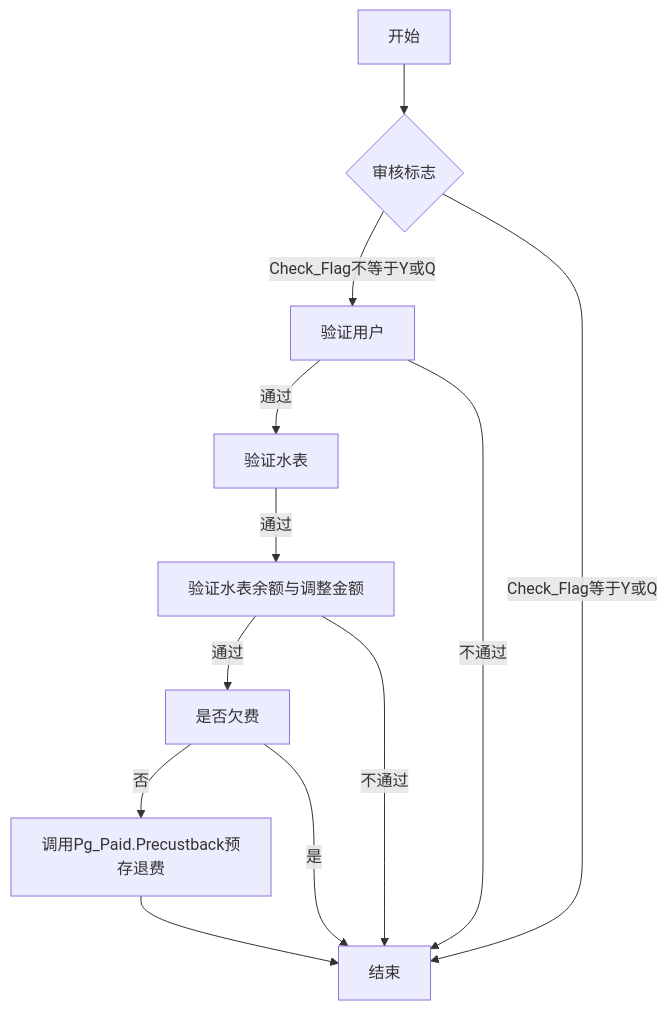
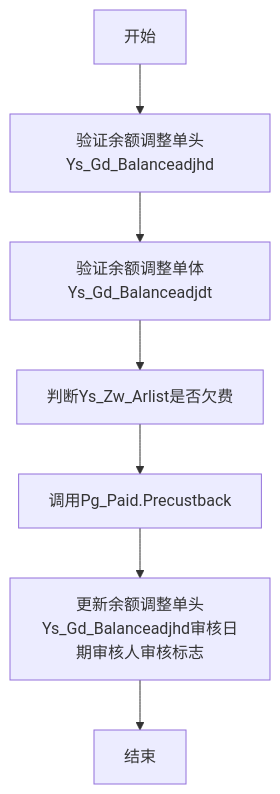
Diagram 43 of 58 in 02.业务梳理流程图简化版_v2020.11.md (liuwentao001/20201001HRBZLS), drawn with Mermaid before and after one commit. The commit also changed other lines of this file and 5 other files, not shown here.

````diff
--- a/02.业务梳理流程图简化版_v2020.11.md
+++ b/02.业务梳理流程图简化版_v2020.11.md
@@ -1331,8 +1379,5 @@
 ```mermaid
 graph TD
-开始-->A1{审核标志}--Check_Flag不等于Y或Q-->验证用户--通过-->验证水表--通过-->验证水表余额与调整金额--通过-->是否欠费--否-->调用Pg_Paid.Precustback预存退费-->结束
-A1--Check_Flag等于Y或Q-->结束
-验证用户--不通过-->结束
-验证水表余额与调整金额--不通过-->结束
-是否欠费--是-->结束
+开始-->验证余额调整单头Ys_Gd_Balanceadjhd-->验证余额调整单体Ys_Gd_Balanceadjdt-->判断Ys_Zw_Arlist是否欠费-->调用Pg_Paid.Precustback-->更新余额调整单头Ys_Gd_Balanceadjhd审核日期审核人审核标志-->结束
+
 ```
````
